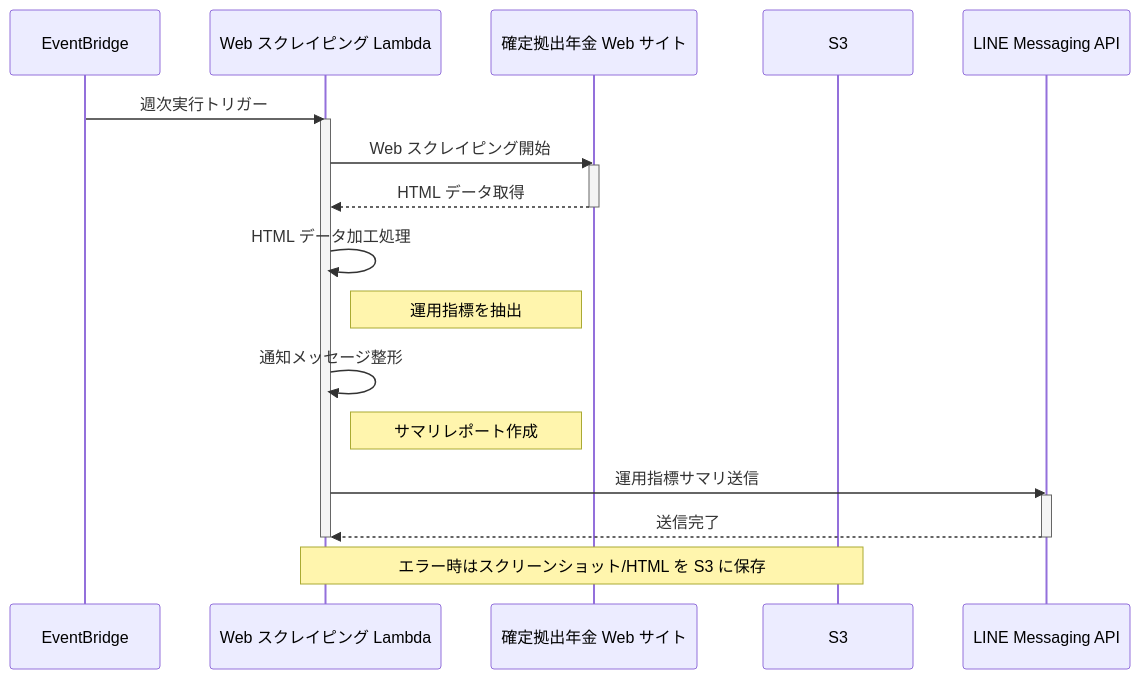
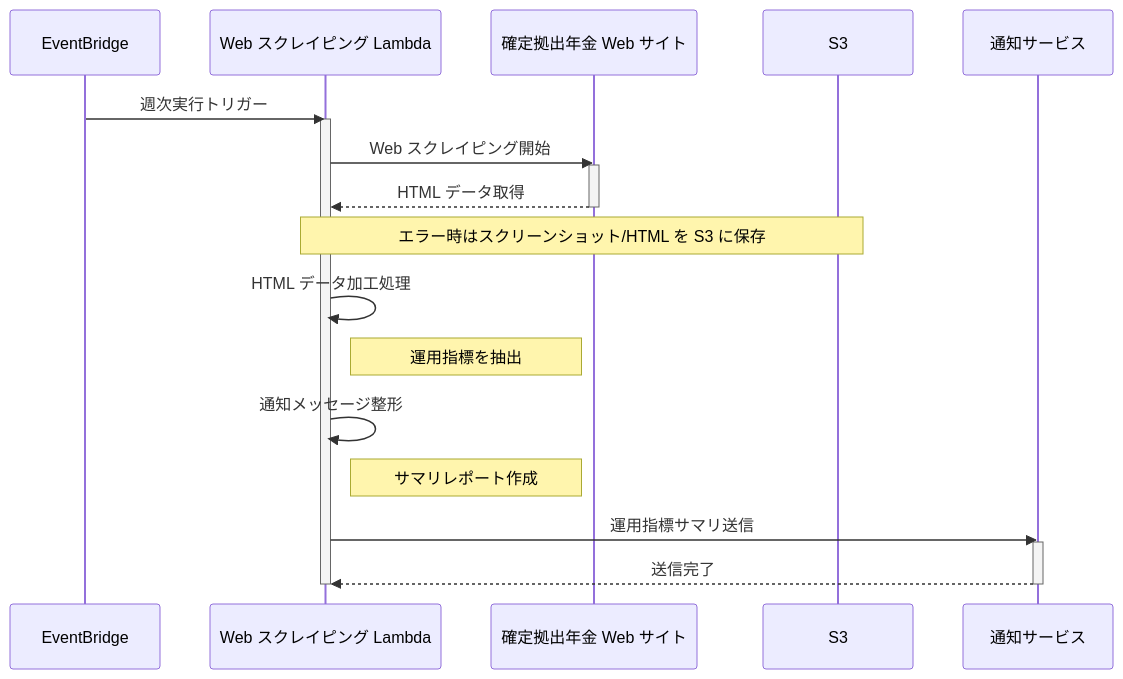
Before and after one commit to kamaD-y/dcp-ops-monitor: the diagram in lambda/web-scraping/README.md, drawn with Mermaid. The commit also changed other lines of this file and 2 other files, not shown here.

Commit message:
docs: READMEから特定の技術要素を削除

````diff
--- a/lambda/web-scraping/README.md
+++ b/lambda/web-scraping/README.md
@@ -17,30 +18,29 @@
 ```mermaid
 sequenceDiagram
     participant EventBridge as EventBridge
     participant Scraping as Web スクレイピング Lambda
     participant Web as 確定拠出年金 Web サイト
     participant S3 as S3
-    participant LINE as LINE Messaging API
+    participant Notify as 通知サービス
 
     EventBridge->>Scraping: 週次実行トリガー
     activate Scraping
 
     Scraping->>Web: Web スクレイピング開始
     activate Web
     Web-->>Scraping: HTML データ取得
     deactivate Web
+    Note over Scraping,S3: エラー時はスクリーンショット/HTML を S3 に保存
 
     Scraping->>Scraping: HTML データ加工処理
     Note right of Scraping: 運用指標を抽出
 
     Scraping->>Scraping: 通知メッセージ整形
     Note right of Scraping: サマリレポート作成
 
-    Scraping->>LINE: 運用指標サマリ送信
-    activate LINE
-    LINE-->>Scraping: 送信完了
-    deactivate LINE
+    Scraping->>Notify: 運用指標サマリ送信
+    activate Notify
+    Notify-->>Scraping: 送信完了
+    deactivate Notify
     deactivate Scraping
-
-    Note over Scraping,S3: エラー時はスクリーンショット/HTML を S3 に保存
 ```
````
